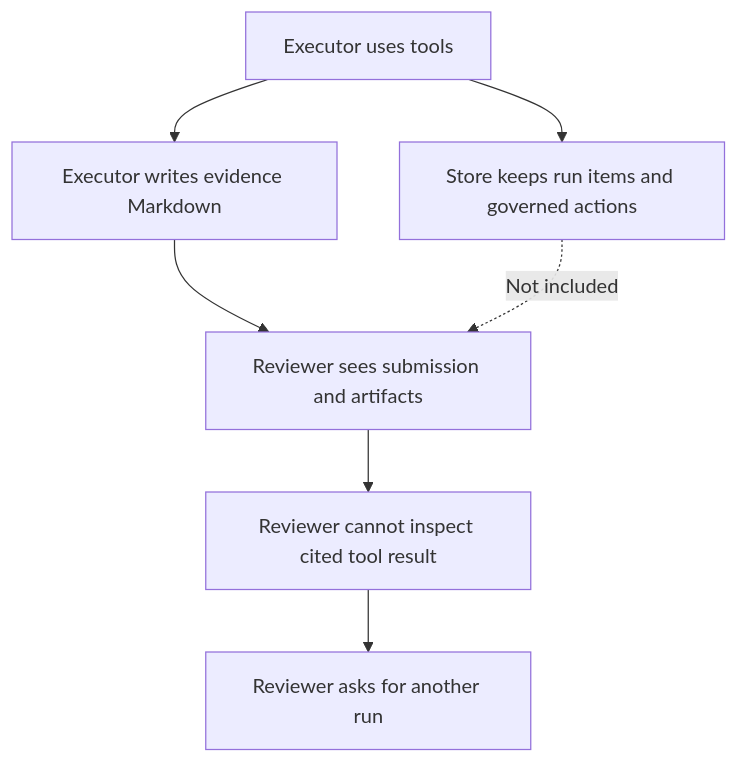
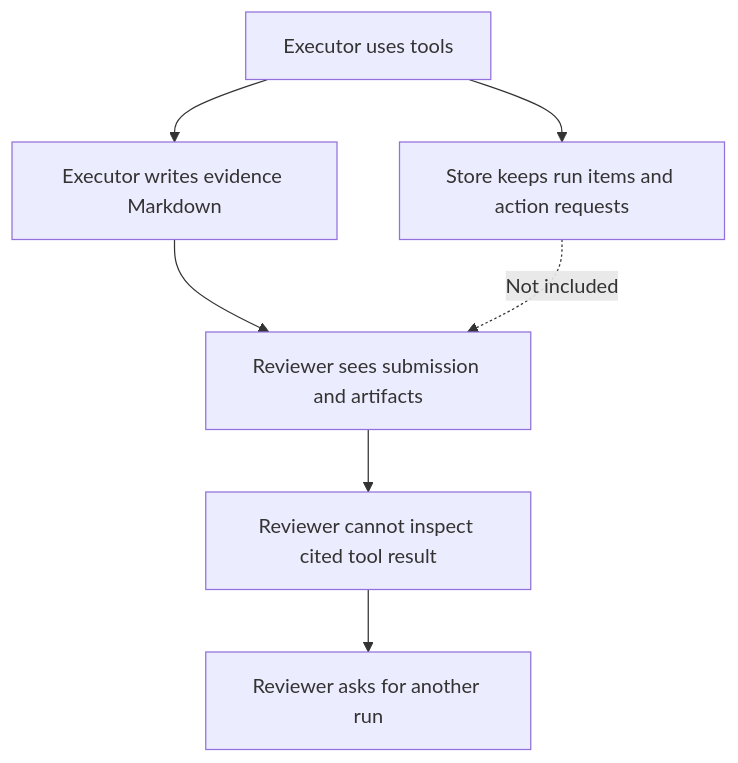
Before and after one commit to kpsuperplane/Noema: diagram 17 of 29 in docs/superpowers/plans/2026-08-08-noema-practical-reliability-roadmap.md, drawn with Mermaid. The commit also changed other lines of this file, not shown here.

Commit message:
docs: make plain code the first roadmap phase

````diff
--- a/docs/superpowers/plans/2026-08-08-noema-practical-reliability-roadmap.md
+++ b/docs/superpowers/plans/2026-08-08-noema-practical-reliability-roadmap.md
@@ -633,13 +1051,13 @@
 ```mermaid
 flowchart TD
     A["Executor uses tools"]
-    B["Store keeps run items and governed actions"]
+    B["Store keeps run items and action requests"]
     C["Executor writes evidence Markdown"]
     D["Reviewer sees submission and artifacts"]
     E["Reviewer cannot inspect cited tool result"]
     F["Reviewer asks for another run"]
 
     A --> B
     A --> C --> D --> E --> F
     B -.->|Not included| D
 ```
````
